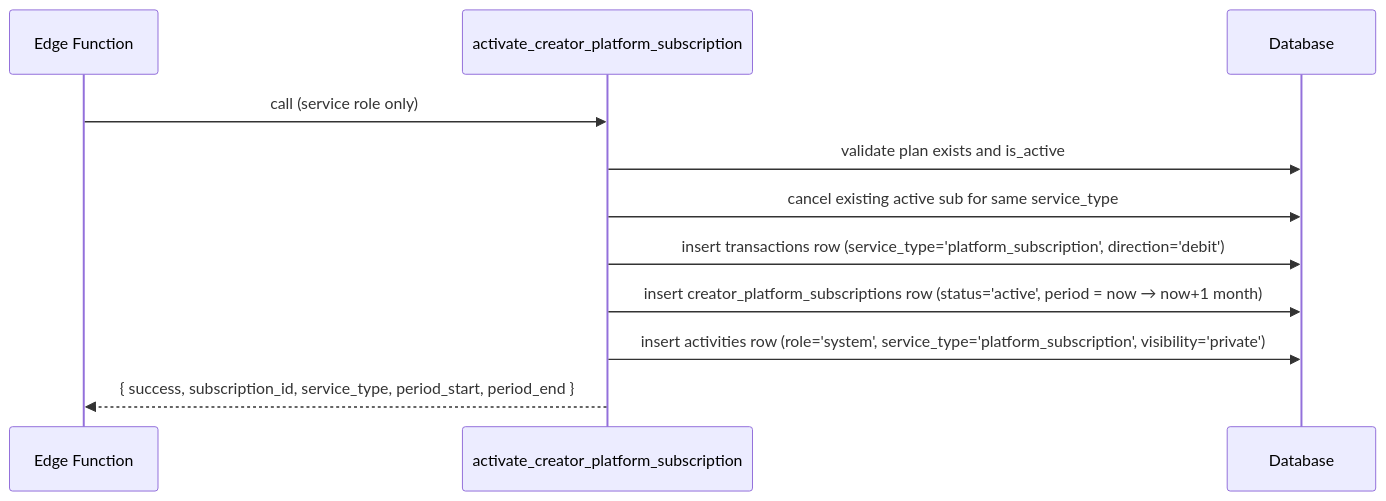
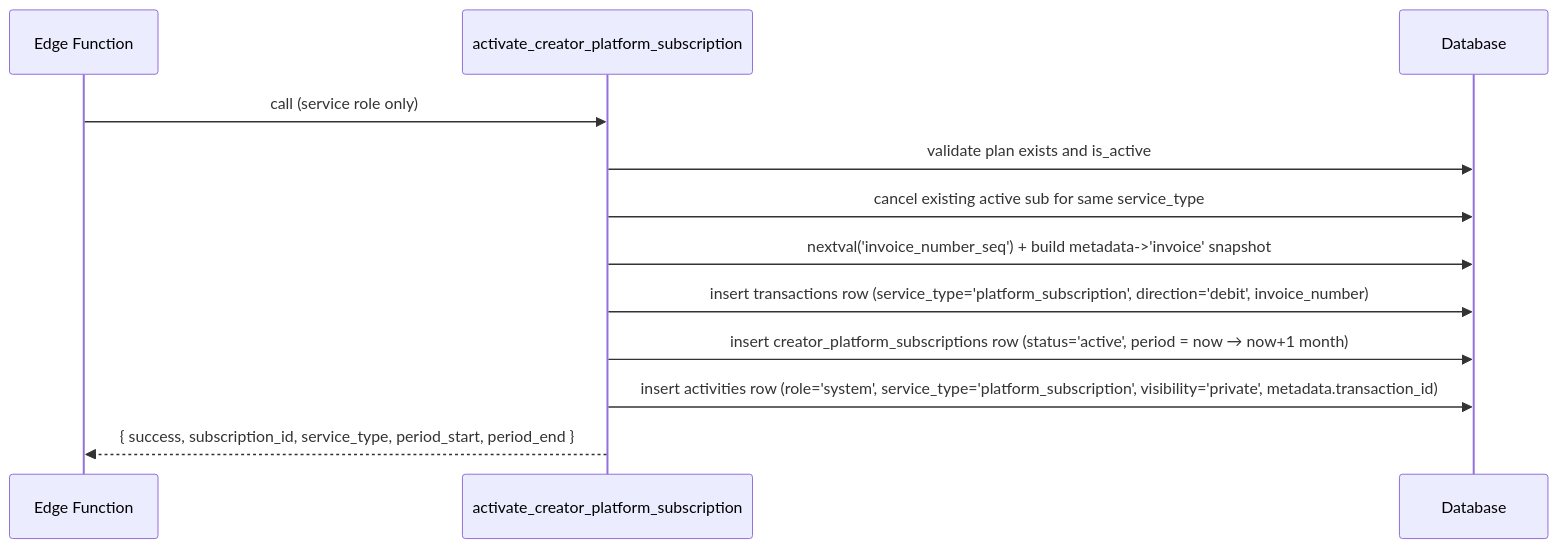
Before and after one commit to hobenakicoffee/libraries: the diagram in docs/platform-subscriptions/backend/rpcs.md, drawn with Mermaid. The commit also changed other lines of this file and 7 other files, not shown here.

Commit message:
feat: add invoice numbering and PDF document generation for transactions

````diff
--- a/docs/platform-subscriptions/backend/rpcs.md
+++ b/docs/platform-subscriptions/backend/rpcs.md
@@ -162,14 +164,15 @@
 ```mermaid
 sequenceDiagram
     participant EF as Edge Function
     participant RPC as activate_creator_platform_subscription
     participant DB as Database
 
     EF->>RPC: call (service role only)
     RPC->>DB: validate plan exists and is_active
     RPC->>DB: cancel existing active sub for same service_type
-    RPC->>DB: insert transactions row (service_type='platform_subscription', direction='debit')
+    RPC->>DB: nextval('invoice_number_seq') + build metadata->'invoice' snapshot
+    RPC->>DB: insert transactions row (service_type='platform_subscription', direction='debit', invoice_number)
     RPC->>DB: insert creator_platform_subscriptions row (status='active', period = now → now+1 month)
-    RPC->>DB: insert activities row (role='system', service_type='platform_subscription', visibility='private')
+    RPC->>DB: insert activities row (role='system', service_type='platform_subscription', visibility='private', metadata.transaction_id)
     RPC-->>EF: { success, subscription_id, service_type, period_start, period_end }
 ```
````
